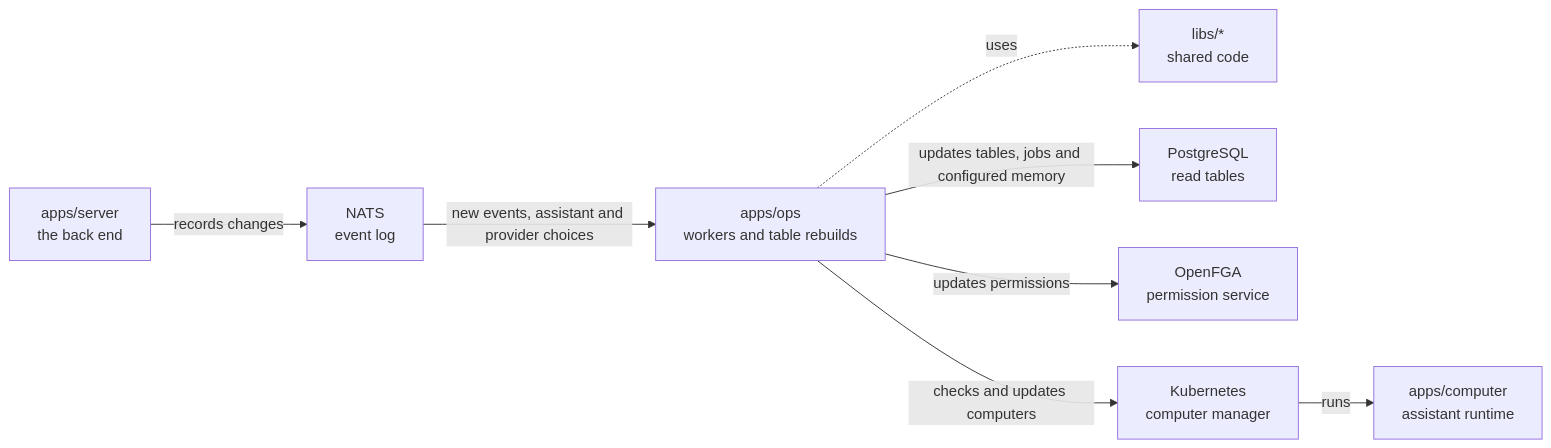
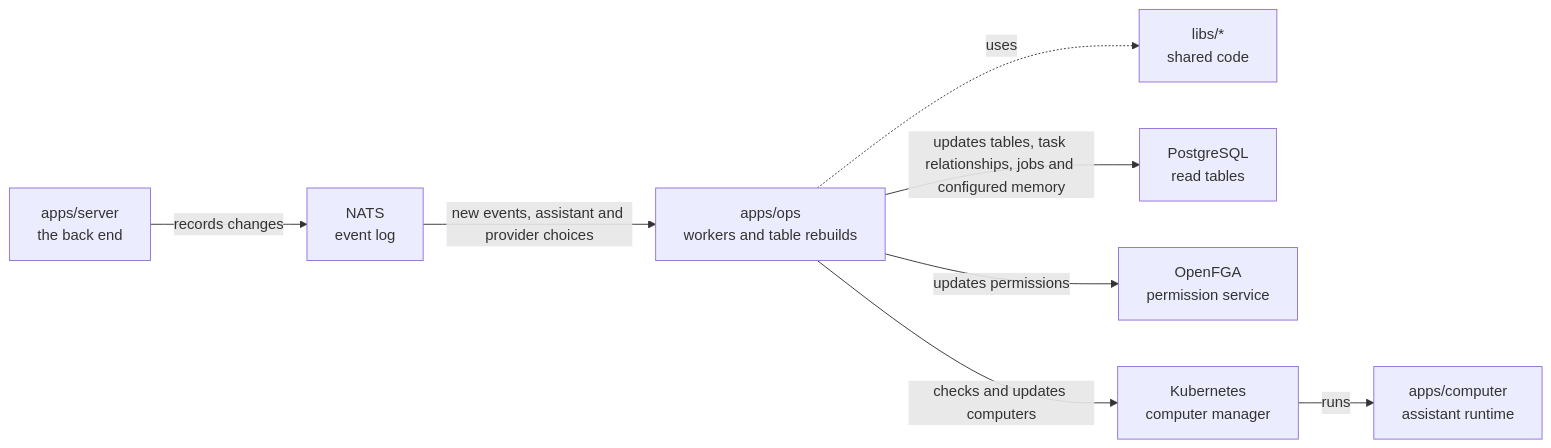
The diagram in apps/ops/README.md (elewa-git/opencrane-new), drawn with Mermaid before and after one commit. The commit also changed other lines of this file and 27 other files, not shown here.

````diff
--- a/apps/ops/README.md
+++ b/apps/ops/README.md
@@ -11,10 +11,10 @@
 ```mermaid
 flowchart LR
   server["apps/server<br/>the back end"] -->|records changes| nats["NATS<br/>event log"]
   nats -->|new events, assistant and provider choices| ops["apps/ops<br/>workers and table rebuilds"]
   ops -.->|uses| libs["libs/*<br/>shared code"]
-  ops -->|updates tables, jobs and configured memory| postgres["PostgreSQL<br/>read tables"]
+  ops -->|updates tables, task relationships, jobs and configured memory| postgres["PostgreSQL<br/>read tables"]
   ops -->|updates permissions| fga["OpenFGA<br/>permission service"]
   ops -->|checks and updates computers| kube["Kubernetes<br/>computer manager"]
   kube -->|runs| computer["apps/computer<br/>assistant runtime"]
 ```
````
